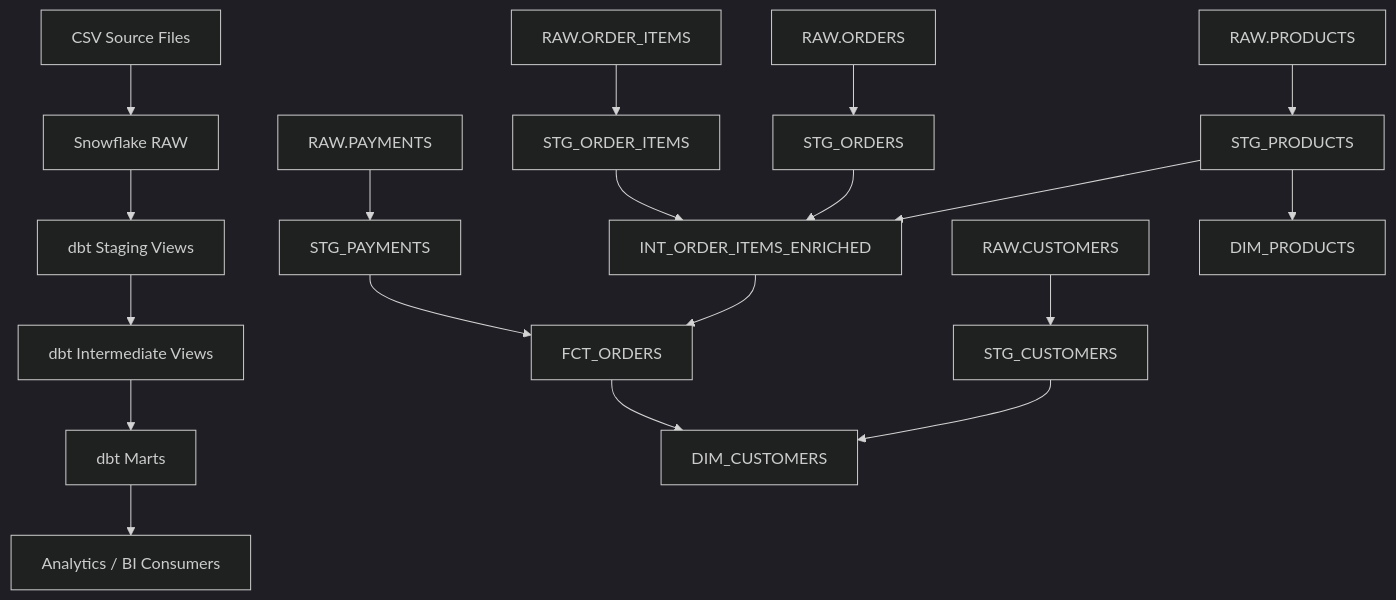
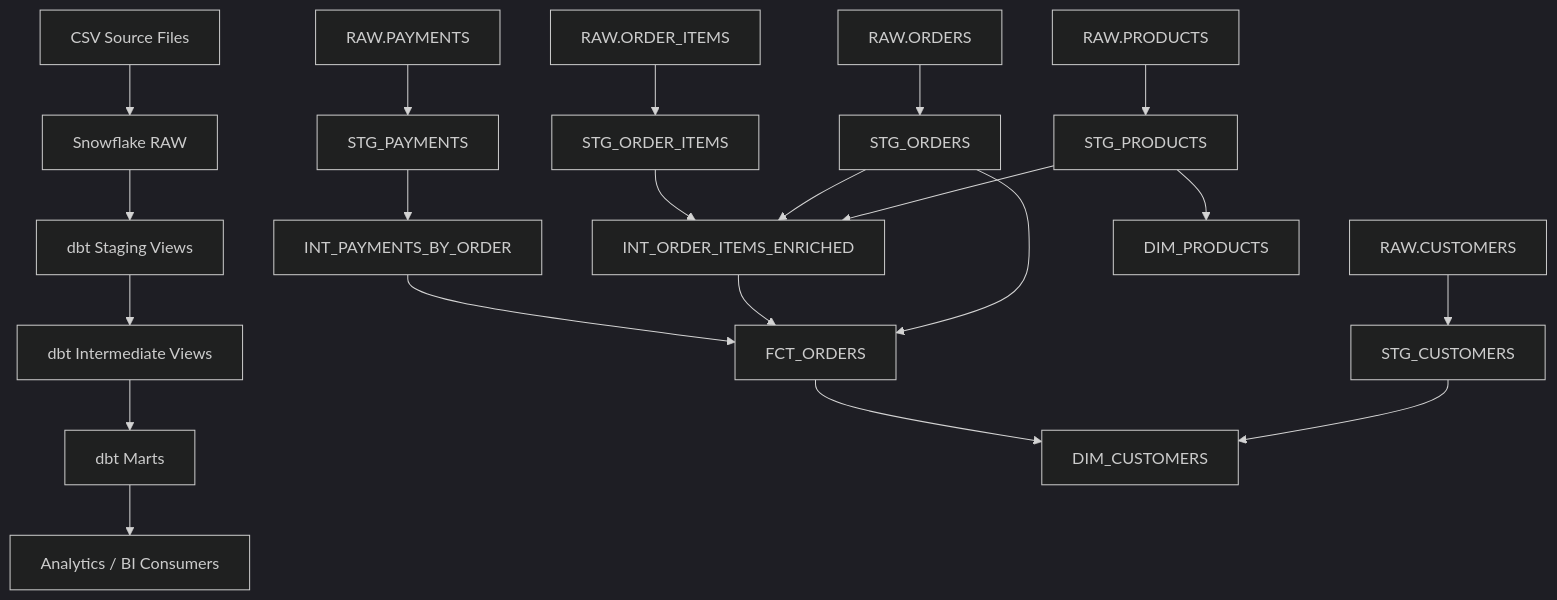
The diagram in README.md (ShreyaST16/snowflake-dbt-ecommerce-pipeline), drawn with Mermaid (dark theme) before and after one commit. The commit also changed other lines of this file and 16 other files, not shown here.

````diff
--- a/README.md
+++ b/README.md
@@ -34,24 +34,26 @@
 ```mermaid
 flowchart TD
     A[CSV Source Files] --> B[Snowflake RAW]
     B --> C[dbt Staging Views]
     C --> D[dbt Intermediate Views]
     D --> E[dbt Marts]
     E --> F[Analytics / BI Consumers]
 
     B1[RAW.CUSTOMERS] --> C1[STG_CUSTOMERS]
     B2[RAW.PRODUCTS] --> C2[STG_PRODUCTS]
     B3[RAW.ORDERS] --> C3[STG_ORDERS]
     B4[RAW.ORDER_ITEMS] --> C4[STG_ORDER_ITEMS]
     B5[RAW.PAYMENTS] --> C5[STG_PAYMENTS]
 
     C2 --> D1[INT_ORDER_ITEMS_ENRICHED]
     C3 --> D1
     C4 --> D1
+    C5 --> D2[INT_PAYMENTS_BY_ORDER]
 
-    D1 --> E1[FCT_ORDERS]
-    C5 --> E1
+    C3 --> E1[FCT_ORDERS]
+    D1 --> E1
+    D2 --> E1
     C1 --> E2[DIM_CUSTOMERS]
     E1 --> E2
     C2 --> E3[DIM_PRODUCTS]
 ```
````
